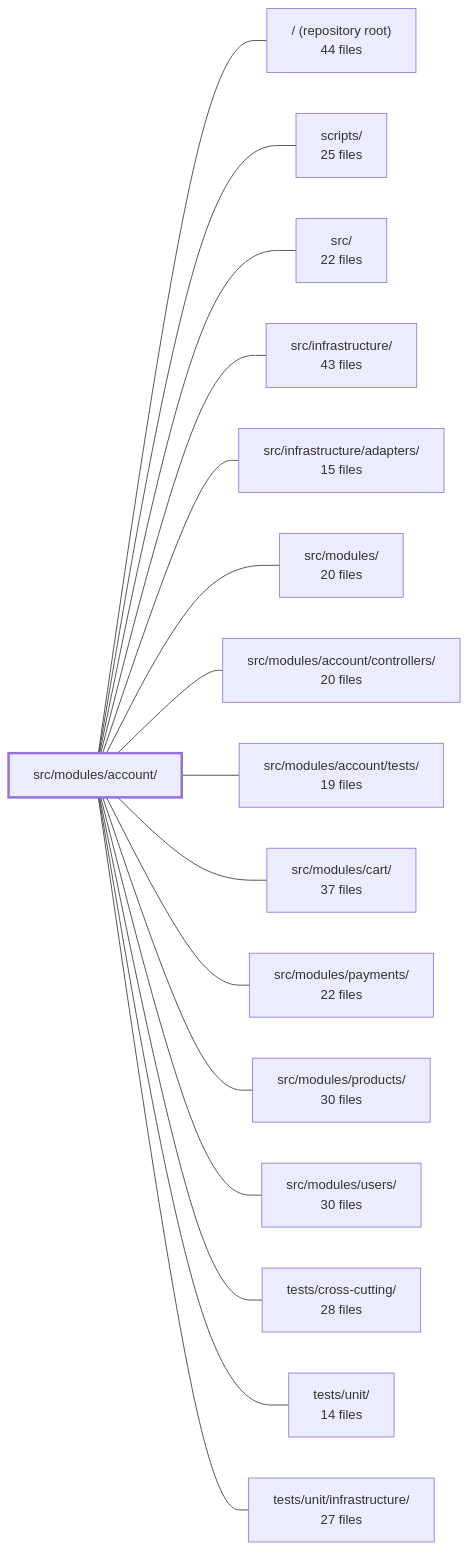
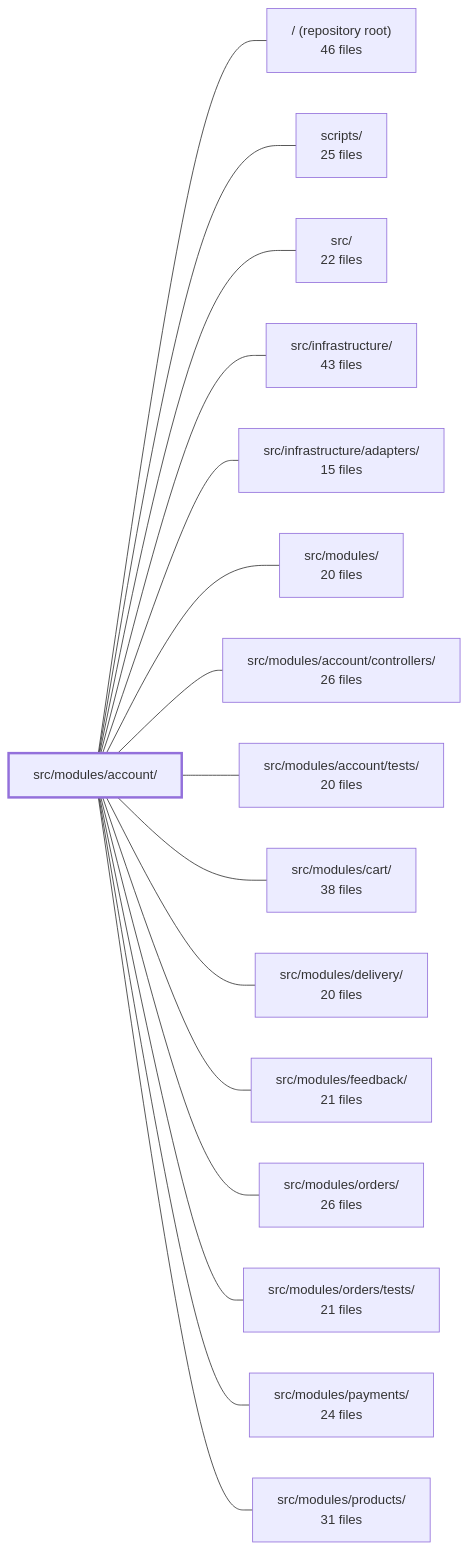
Before and after one commit to Guebbit/boilerplate-node-backend: the diagram in .2repo/modules/boilerplate-node-backend_src_modules_account.md, drawn with Mermaid. The commit also changed other lines of this file and 302 other files, not shown here.

First line of the commit message:
chore(2repo): refresh repo context, wiki, and architecture snapshots

````diff
--- a/.2repo/modules/boilerplate-node-backend_src_modules_account.md
+++ b/.2repo/modules/boilerplate-node-backend_src_modules_account.md
@@ -46,35 +42,35 @@
 ```mermaid
 flowchart LR
     m_src_modules_account["src/modules/account/"]
-    m_root["/ (repository root)<br/>44 files"]
+    m_root["/ (repository root)<br/>46 files"]
     m_scripts["scripts/<br/>25 files"]
     m_src["src/<br/>22 files"]
     m_src_infrastructure["src/infrastructure/<br/>43 files"]
     m_src_infrastructure_adapters["src/infrastructure/adapters/<br/>15 files"]
     m_src_modules["src/modules/<br/>20 files"]
-    m_src_modules_account_controllers["src/modules/account/controllers/<br/>20 files"]
-    m_src_modules_account_tests["src/modules/account/tests/<br/>19 files"]
-    m_src_modules_cart["src/modules/cart/<br/>37 files"]
-    m_src_modules_payments["src/modules/payments/<br/>22 files"]
-    m_src_modules_products["src/modules/products/<br/>30 files"]
-    m_src_modules_users["src/modules/users/<br/>30 files"]
-    m_tests_cross_cutting["tests/cross-cutting/<br/>28 files"]
-    m_tests_unit["tests/unit/<br/>14 files"]
-    m_tests_unit_infrastructure["tests/unit/infrastructure/<br/>27 files"]
+    m_src_modules_account_controllers["src/modules/account/controllers/<br/>26 files"]
+    m_src_modules_account_tests["src/modules/account/tests/<br/>20 files"]
+    m_src_modules_cart["src/modules/cart/<br/>38 files"]
+    m_src_modules_delivery["src/modules/delivery/<br/>20 files"]
+    m_src_modules_feedback["src/modules/feedback/<br/>21 files"]
+    m_src_modules_orders["src/modules/orders/<br/>26 files"]
+    m_src_modules_orders_tests["src/modules/orders/tests/<br/>21 files"]
+    m_src_modules_payments["src/modules/payments/<br/>24 files"]
+    m_src_modules_products["src/modules/products/<br/>31 files"]
     m_src_modules_account --- m_root
     m_src_modules_account --- m_scripts
     m_src_modules_account --- m_src
     m_src_modules_account --- m_src_infrastructure
     m_src_modules_account --- m_src_infrastructure_adapters
     m_src_modules_account --- m_src_modules
     m_src_modules_account --- m_src_modules_account_controllers
     m_src_modules_account --- m_src_modules_account_tests
     m_src_modules_account --- m_src_modules_cart
+    m_src_modules_account --- m_src_modules_delivery
+    m_src_modules_account --- m_src_modules_feedback
+    m_src_modules_account --- m_src_modules_orders
+    m_src_modules_account --- m_src_modules_orders_tests
     m_src_modules_account --- m_src_modules_payments
     m_src_modules_account --- m_src_modules_products
-    m_src_modules_account --- m_src_modules_users
-    m_src_modules_account --- m_tests_cross_cutting
-    m_src_modules_account --- m_tests_unit
-    m_src_modules_account --- m_tests_unit_infrastructure
     style m_src_modules_account stroke-width:3px
 ```
````
